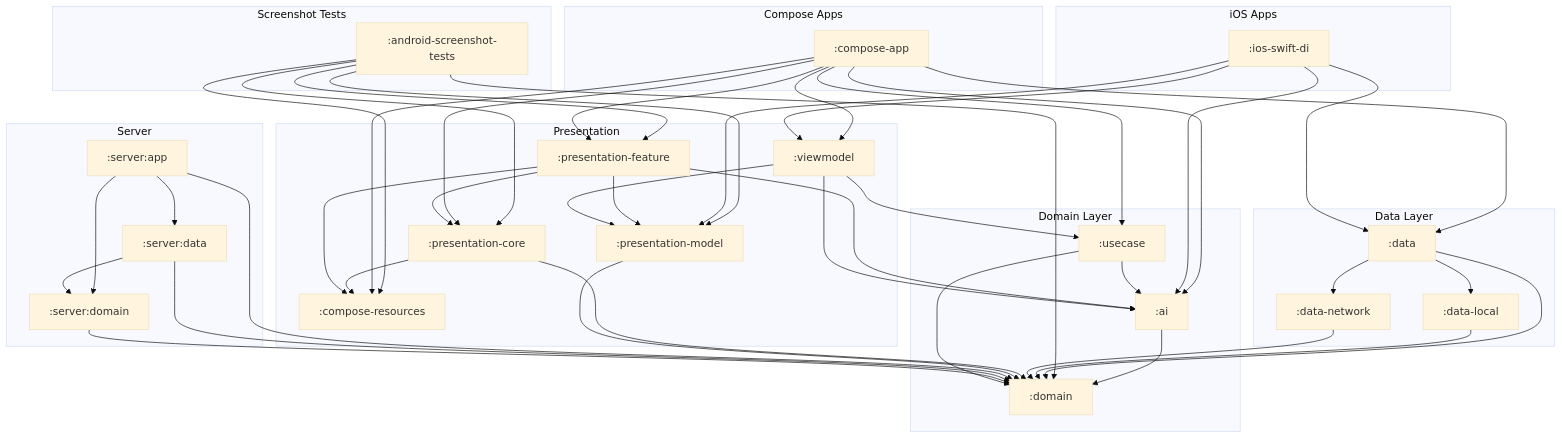
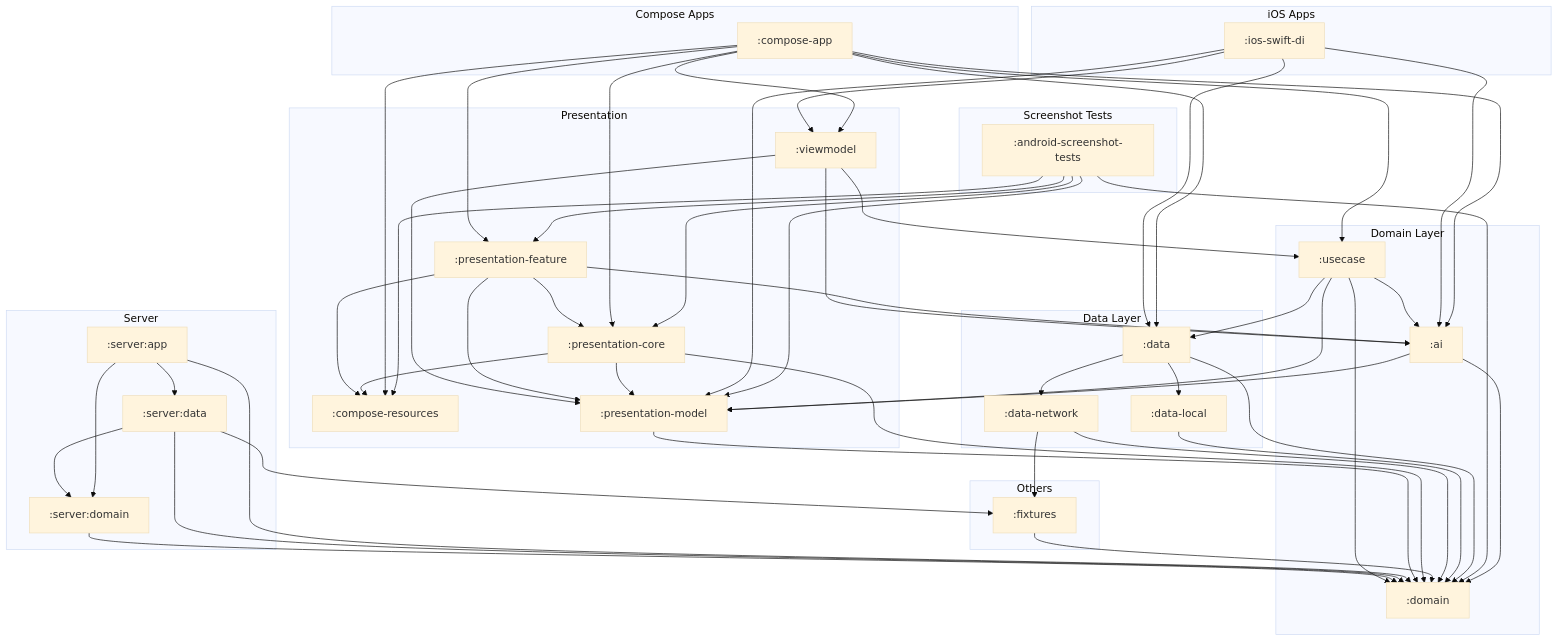
One commit to cartland/battery-butler changed the diagram in docs/diagrams/kotlin_module_structure.mmd. Above: the diagram before and after it, drawn with Mermaid (base theme). The commit also changed 92 other files, not shown here.

```diff
--- a/docs/diagrams/kotlin_module_structure.mmd
+++ b/docs/diagrams/kotlin_module_structure.mmd
@@ -1,94 +1,106 @@
 graph TD
     subgraph "iOS Apps"
         IosSwiftDi[":ios-swift-di"]
     end
 
     subgraph "Compose Apps"
         ComposeApp[":compose-app"]
     end
 
     subgraph "Server"
         ServerApp[":server:app"]
         ServerData[":server:data"]
         ServerDomain[":server:domain"]
     end
 
     subgraph "Presentation"
         ComposeResources[":compose-resources"]
         PresentationCore[":presentation-core"]
         PresentationFeature[":presentation-feature"]
         PresentationModel[":presentation-model"]
         Viewmodel[":viewmodel"]
     end
 
     subgraph "Domain Layer"
         Ai[":ai"]
         Domain[":domain"]
         Usecase[":usecase"]
     end
 
     subgraph "Data Layer"
         Data[":data"]
         DataLocal[":data-local"]
         DataNetwork[":data-network"]
     end
 
     subgraph "Screenshot Tests"
         AndroidScreenshotTests[":android-screenshot-tests"]
     end
 
+    subgraph "Others"
+        Fixtures[":fixtures"]
+    end
+
     %% Dependencies
     Ai --> Domain
+    Ai --> PresentationModel
 
     AndroidScreenshotTests --> ComposeResources
     AndroidScreenshotTests --> Domain
     AndroidScreenshotTests --> PresentationCore
     AndroidScreenshotTests --> PresentationFeature
     AndroidScreenshotTests --> PresentationModel
 
     ComposeApp --> Ai
     ComposeApp --> ComposeResources
     ComposeApp --> Data
     ComposeApp --> PresentationCore
     ComposeApp --> PresentationFeature
     ComposeApp --> Usecase
     ComposeApp --> Viewmodel
 
     Data --> DataLocal
     Data --> DataNetwork
     Data --> Domain
 
     DataLocal --> Domain
 
     DataNetwork --> Domain
+    DataNetwork --> Fixtures
+
+    Fixtures --> Domain
 
     IosSwiftDi --> Ai
     IosSwiftDi --> Data
     IosSwiftDi --> PresentationModel
     IosSwiftDi --> Viewmodel
 
     PresentationCore --> ComposeResources
     PresentationCore --> Domain
+    PresentationCore --> PresentationModel
 
     PresentationFeature --> Ai
     PresentationFeature --> ComposeResources
     PresentationFeature --> PresentationCore
     PresentationFeature --> PresentationModel
 
     PresentationModel --> Domain
 
     ServerApp --> Domain
     ServerApp --> ServerData
     ServerApp --> ServerDomain
 
     ServerData --> Domain
+    ServerData --> Fixtures
     ServerData --> ServerDomain
 
     ServerDomain --> Domain
 
     Usecase --> Ai
+    Usecase --> Data
     Usecase --> Domain
+    Usecase --> PresentationModel
 
     Viewmodel --> Ai
     Viewmodel --> PresentationModel
     Viewmodel --> Usecase
```
